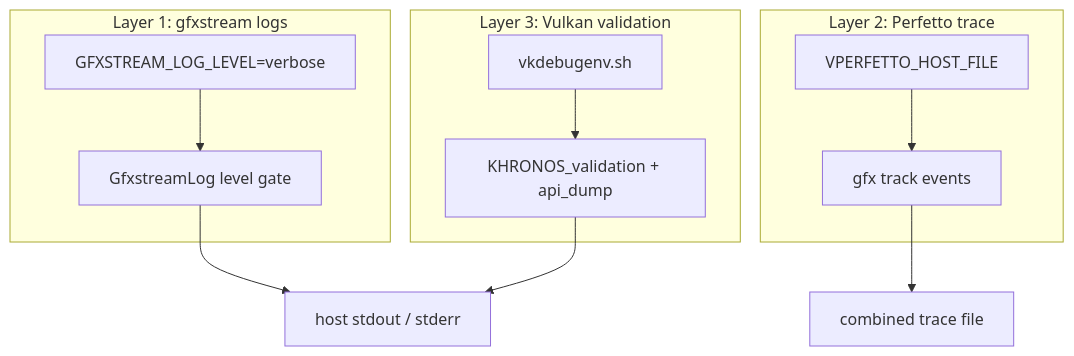
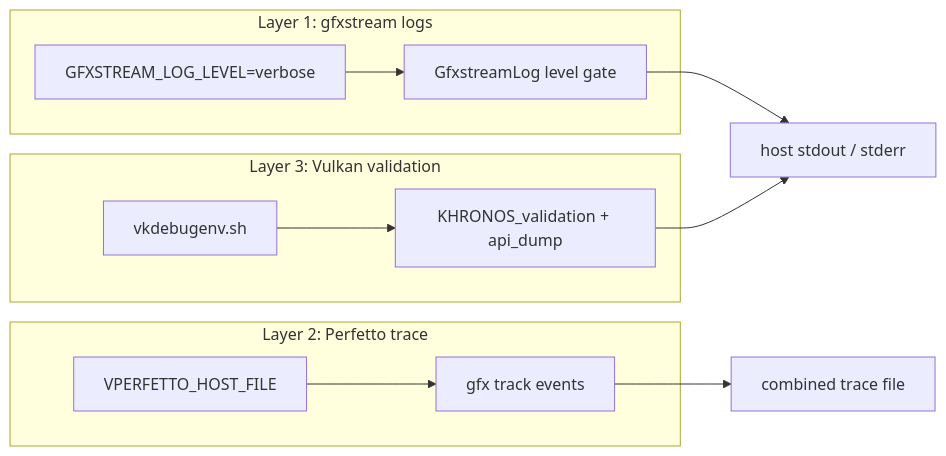
Before and after one commit to aospbooks/android-emulator-internal-book: the seventh of 7 diagrams in 28-debugging-tracing.md, drawn with Mermaid. The commit also changed other lines of this file and 31 other files, not shown here.

````diff
--- a/28-debugging-tracing.md
+++ b/28-debugging-tracing.md
@@ -710,15 +711,15 @@
 ```mermaid
-flowchart TD
+flowchart LR
     subgraph L1["Layer 1: gfxstream logs"]
         ENV1["GFXSTREAM_LOG_LEVEL=verbose"] --> GLOG["GfxstreamLog level gate"]
     end
     subgraph L2["Layer 2: Perfetto trace"]
         ENV2["VPERFETTO_HOST_FILE"] --> TRACE["gfx track events"]
     end
     subgraph L3["Layer 3: Vulkan validation"]
         ENV3["vkdebugenv.sh"] --> VK["KHRONOS_validation + api_dump"]
     end
     GLOG --> OUT["host stdout / stderr"]
     TRACE --> TFILE["combined trace file"]
     VK --> OUT
 ```
````
